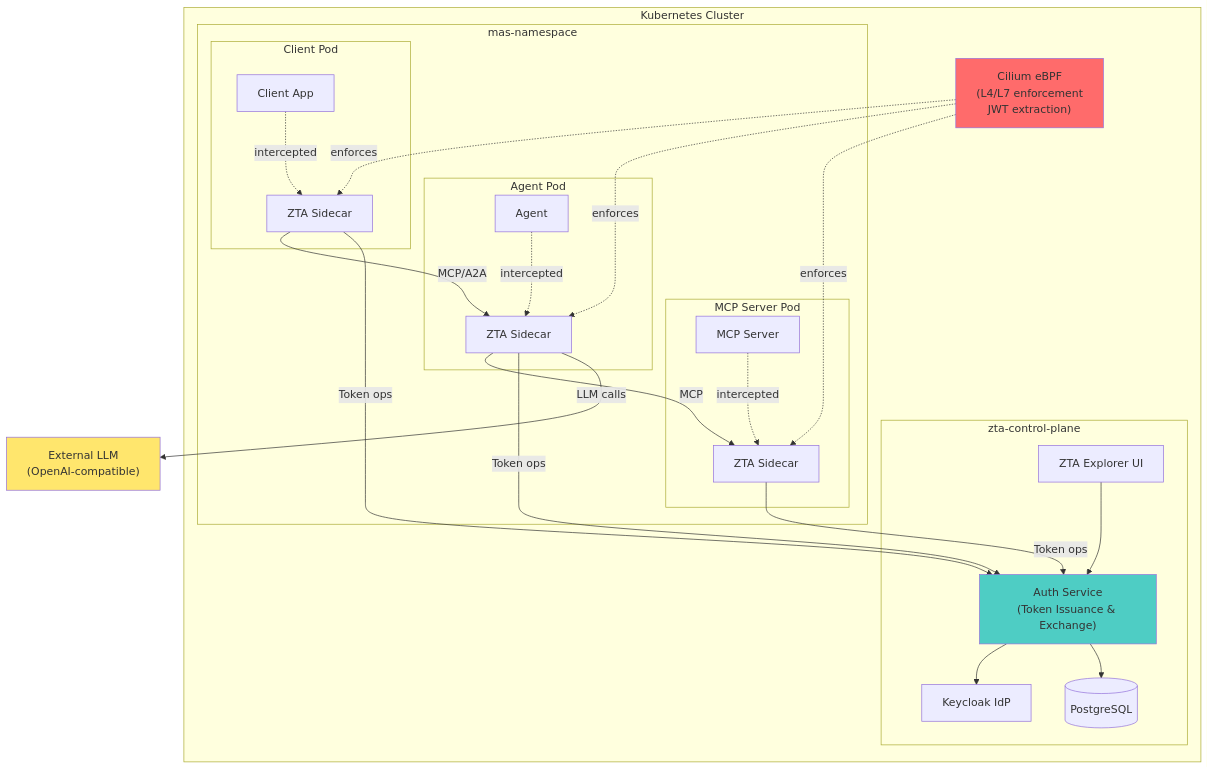
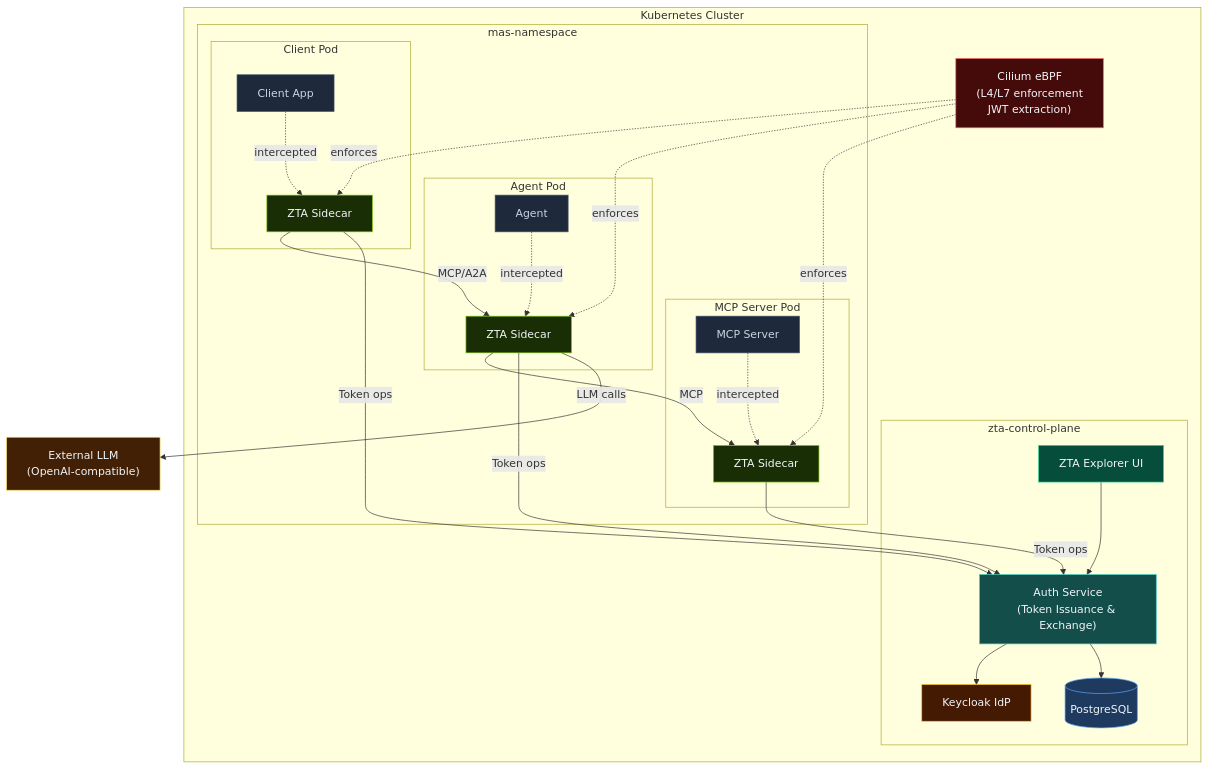
The diagram in README.md (outshift-open/CASA), drawn with Mermaid before and after one commit. The commit also changed other lines of this file, not shown here.

Commit message:
docs: Update archi diagram colors

````diff
--- a/README.md
+++ b/README.md
@@ -21,46 +23,55 @@
 ```mermaid
 graph TB
     subgraph "Kubernetes Cluster"
         subgraph "zta-control-plane"
             AUTH["Auth Service\n(Token Issuance & Exchange)"]
             KC["Keycloak IdP"]
             PG[("PostgreSQL")]
             UI["ZTA Explorer UI"]
             AUTH --> KC
             AUTH --> PG
             UI --> AUTH
         end
 
         subgraph "mas-namespace"
             subgraph "Client Pod"
                 CL["Client App"]
                 CLS["ZTA Sidecar"]
                 CL -.->|intercepted| CLS
             end
             subgraph "Agent Pod"
                 AG["Agent"]
                 AGS["ZTA Sidecar"]
                 AG -.->|intercepted| AGS
             end
             subgraph "MCP Server Pod"
                 MCP["MCP Server"]
                 MCPS["ZTA Sidecar"]
                 MCP -.->|intercepted| MCPS
             end
             CLS -->|"MCP/A2A"| AGS
             AGS -->|"MCP"| MCPS
         end
 
         EBPF["Cilium eBPF\n(L4/L7 enforcement\nJWT extraction)"]
         EBPF -.->|enforces| CLS
         EBPF -.->|enforces| AGS
         EBPF -.->|enforces| MCPS
     end
 
     CLS & AGS & MCPS -->|"Token ops"| AUTH
     AGS -->|"LLM calls"| LLM["External LLM\n(OpenAI-compatible)"]
 
-    style AUTH fill:#4ecdc4
-    style EBPF fill:#ff6b6b
-    style LLM fill:#ffe66d
+    style AUTH fill:#134e4a,stroke:#4ecdc4,color:#f1f5f9
+    style KC   fill:#451a03,stroke:#fbbf24,color:#f1f5f9
+    style PG   fill:#1e3a5f,stroke:#60a5fa,color:#f1f5f9
+    style UI   fill:#064e3b,stroke:#34d399,color:#f1f5f9
+    style CL   fill:#1e293b,stroke:#475569,color:#cbd5e1
+    style CLS  fill:#1a2e05,stroke:#84cc16,color:#f1f5f9
+    style AG   fill:#1e293b,stroke:#475569,color:#cbd5e1
+    style AGS  fill:#1a2e05,stroke:#84cc16,color:#f1f5f9
+    style MCP  fill:#1e293b,stroke:#475569,color:#cbd5e1
+    style MCPS fill:#1a2e05,stroke:#84cc16,color:#f1f5f9
+    style EBPF fill:#450a0a,stroke:#ff6b6b,color:#f1f5f9
+    style LLM  fill:#422006,stroke:#ffe66d,color:#f1f5f9
 ```
````
